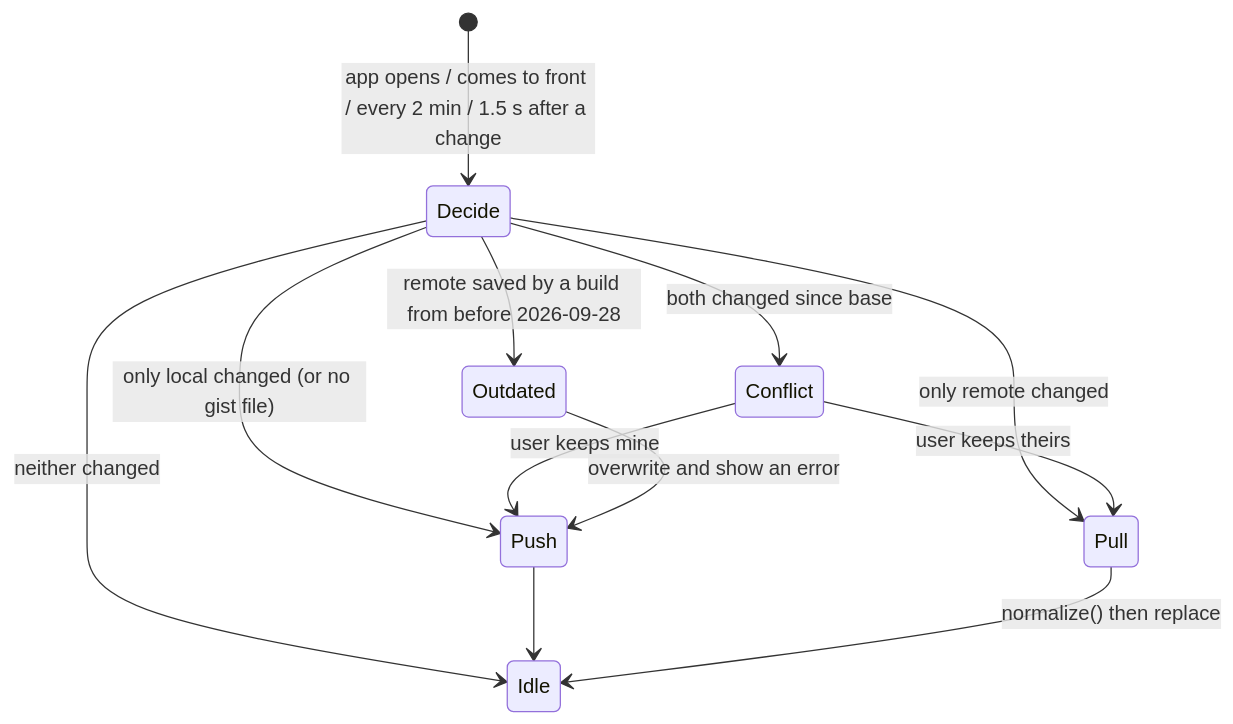
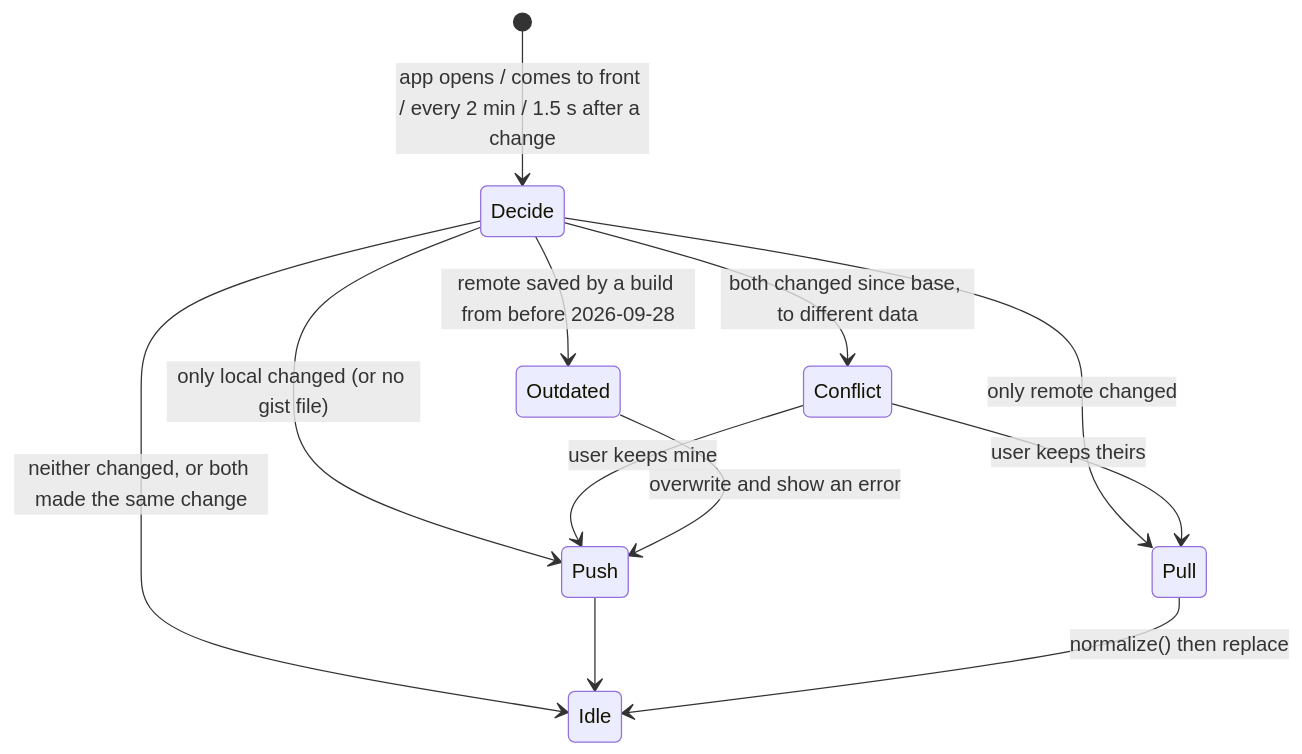
The third of 3 diagrams in docs/architecture.md (Simba3696/mkmax), drawn with Mermaid before and after one commit. The commit also changed other lines of this file and 9 other files, not shown here.

````diff
--- a/docs/architecture.md
+++ b/docs/architecture.md
@@ -76,14 +76,14 @@
 ```mermaid
 stateDiagram-v2
   [*] --> Decide: app opens / comes to front / every 2 min / 1.5 s after a change
   Decide --> Push: only local changed (or no gist file)
   Decide --> Pull: only remote changed
-  Decide --> Conflict: both changed since base
+  Decide --> Conflict: both changed since base, to different data
   Decide --> Outdated: remote saved by a build from before 2026-09-28
-  Decide --> Idle: neither changed
+  Decide --> Idle: neither changed, or both made the same change
   Conflict --> Push: user keeps mine
   Conflict --> Pull: user keeps theirs
   Outdated --> Push: overwrite and show an error
   Push --> Idle
   Pull --> Idle: normalize() then replace
 ```
````
